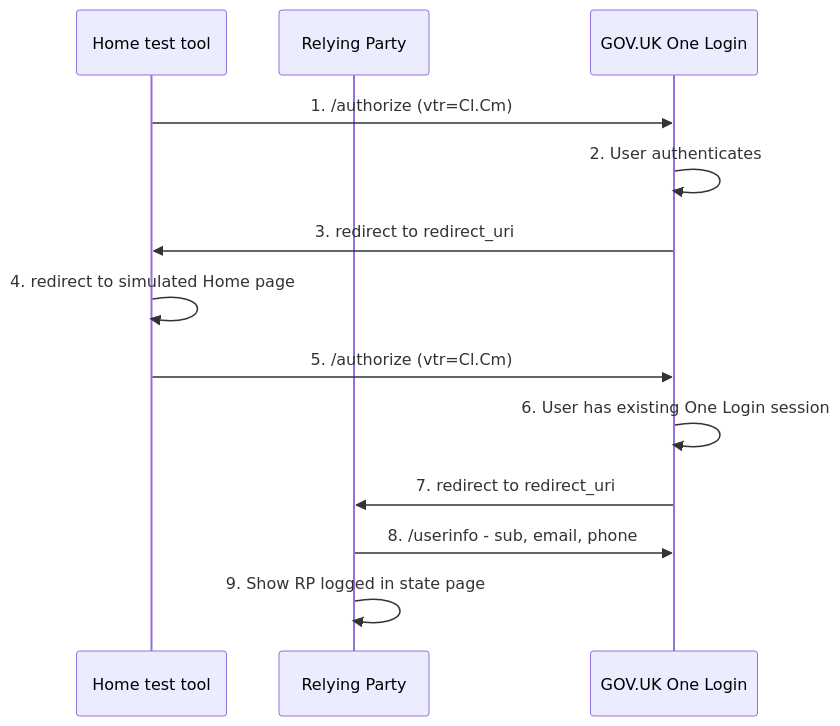
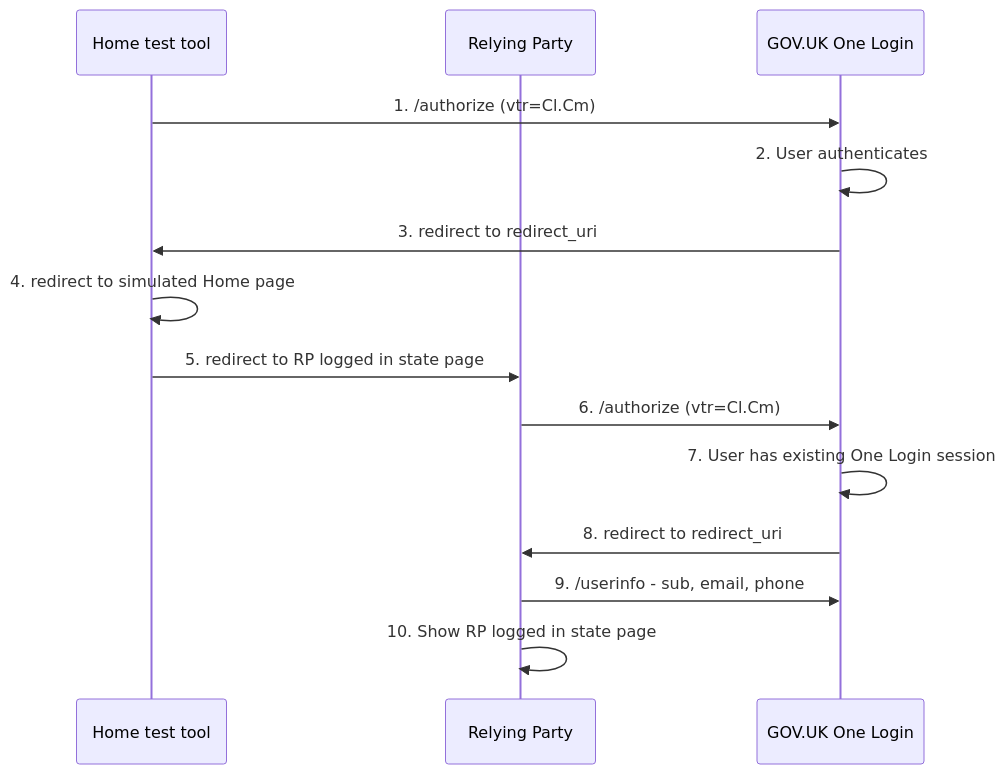
One commit to govuk-one-login/onboarding-examples changed the second of 2 diagrams in tools/home-test/README.md. Above: the diagram before and after it, drawn with Mermaid.

Commit message:
Fixed mermaid diagram

````diff
--- a/tools/home-test/README.md
+++ b/tools/home-test/README.md
@@ -60,17 +60,18 @@
 ```mermaid
 
 sequenceDiagram
     participant H as Home test tool    
     participant R as Relying Party
     participant O as GOV.UK One Login
     H->>O: 1. /authorize (vtr=Cl.Cm)
     O->>O: 2. User authenticates
     O->>H: 3. redirect to redirect_uri
     H->>H: 4. redirect to simulated Home page
-    H->>O: 5. /authorize (vtr=Cl.Cm)
-    O->>O: 6. User has existing One Login session
-    O->>R: 7. redirect to redirect_uri
-    R->>O: 8. /userinfo - sub, email, phone    
-    R->>R: 9. Show RP logged in state page
+    H->>R: 5. redirect to RP logged in state page
+    R->>O: 6. /authorize (vtr=Cl.Cm)
+    O->>O: 7. User has existing One Login session
+    O->>R: 8. redirect to redirect_uri
+    R->>O: 9. /userinfo - sub, email, phone    
+    R->>R: 10. Show RP logged in state page
 
 ```
````
